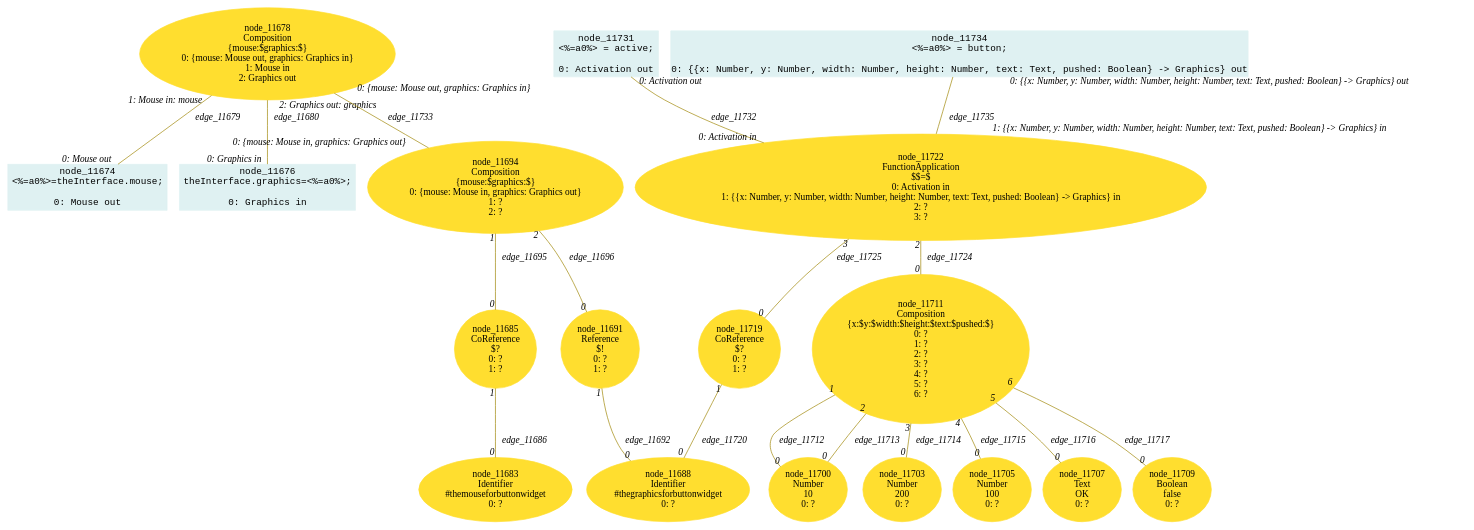
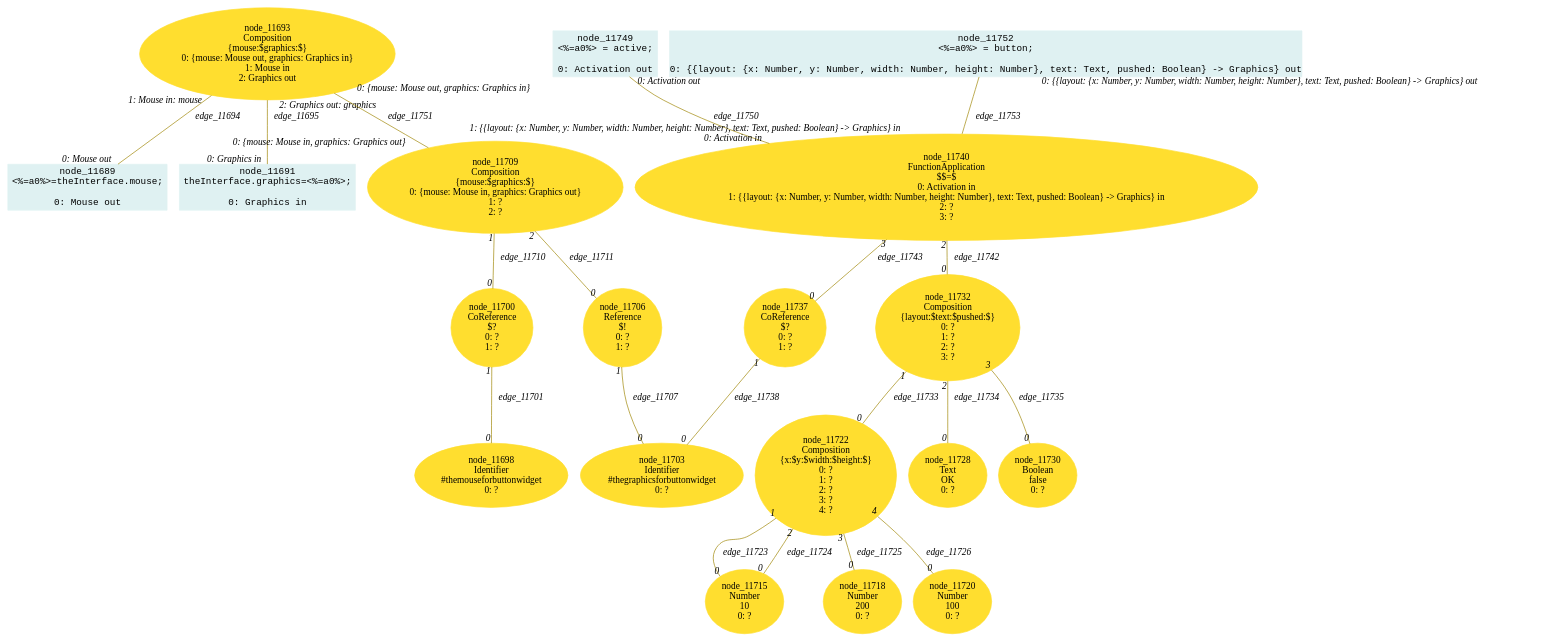
The diagram in lidl-core/example/ok/uiButton/dot/19createDataFlowDirection3.dot (crubier/lidl), drawn with Graphviz before and after one commit. The commit also changed 792 other files, not shown here.

```diff
--- a/lidl-core/example/ok/uiButton/dot/19createDataFlowDirection3.dot
+++ b/lidl-core/example/ok/uiButton/dot/19createDataFlowDirection3.dot
@@ -1,107 +1,113 @@
-digraph g{node_11674 [shape="box", style="filled", color="#dff1f2", fontname="Courier", label="node_11674
+digraph g{node_11689 [shape="box", style="filled", color="#dff1f2", fontname="Courier", label="node_11689
 <%=a0%>=theInterface.mouse;
 
 0: Mouse out" ]
-node_11676 [shape="box", style="filled", color="#dff1f2", fontname="Courier", label="node_11676
+node_11691 [shape="box", style="filled", color="#dff1f2", fontname="Courier", label="node_11691
 theInterface.graphics=<%=a0%>;
 
 0: Graphics in" ]
-node_11678 [shape="ellipse", style="filled", color="#ffde2f", fontname="Times", label="node_11678
+node_11693 [shape="ellipse", style="filled", color="#ffde2f", fontname="Times", label="node_11693
 Composition
 {mouse:$graphics:$}
 0: {mouse: Mouse out, graphics: Graphics in}
 1: Mouse in
 2: Graphics out" ]
-node_11683 [shape="ellipse", style="filled", color="#ffde2f", fontname="Times", label="node_11683
+node_11698 [shape="ellipse", style="filled", color="#ffde2f", fontname="Times", label="node_11698
 Identifier
 #themouseforbuttonwidget
 0: ?" ]
-node_11685 [shape="ellipse", style="filled", color="#ffde2f", fontname="Times", label="node_11685
+node_11700 [shape="ellipse", style="filled", color="#ffde2f", fontname="Times", label="node_11700
 CoReference
 $?
 0: ?
 1: ?" ]
-node_11688 [shape="ellipse", style="filled", color="#ffde2f", fontname="Times", label="node_11688
+node_11703 [shape="ellipse", style="filled", color="#ffde2f", fontname="Times", label="node_11703
 Identifier
 #thegraphicsforbuttonwidget
 0: ?" ]
-node_11691 [shape="ellipse", style="filled", color="#ffde2f", fontname="Times", label="node_11691
+node_11706 [shape="ellipse", style="filled", color="#ffde2f", fontname="Times", label="node_11706
 Reference
 $!
 0: ?
 1: ?" ]
-node_11694 [shape="ellipse", style="filled", color="#ffde2f", fontname="Times", label="node_11694
+node_11709 [shape="ellipse", style="filled", color="#ffde2f", fontname="Times", label="node_11709
 Composition
 {mouse:$graphics:$}
 0: {mouse: Mouse in, graphics: Graphics out}
 1: ?
 2: ?" ]
-node_11700 [shape="ellipse", style="filled", color="#ffde2f", fontname="Times", label="node_11700
+node_11715 [shape="ellipse", style="filled", color="#ffde2f", fontname="Times", label="node_11715
 Number
 10
 0: ?" ]
-node_11703 [shape="ellipse", style="filled", color="#ffde2f", fontname="Times", label="node_11703
+node_11718 [shape="ellipse", style="filled", color="#ffde2f", fontname="Times", label="node_11718
 Number
 200
 0: ?" ]
-node_11705 [shape="ellipse", style="filled", color="#ffde2f", fontname="Times", label="node_11705
+node_11720 [shape="ellipse", style="filled", color="#ffde2f", fontname="Times", label="node_11720
 Number
 100
 0: ?" ]
-node_11707 [shape="ellipse", style="filled", color="#ffde2f", fontname="Times", label="node_11707
-Text
-OK
-0: ?" ]
-node_11709 [shape="ellipse", style="filled", color="#ffde2f", fontname="Times", label="node_11709
-Boolean
-false
-0: ?" ]
-node_11711 [shape="ellipse", style="filled", color="#ffde2f", fontname="Times", label="node_11711
+node_11722 [shape="ellipse", style="filled", color="#ffde2f", fontname="Times", label="node_11722
 Composition
-{x:$y:$width:$height:$text:$pushed:$}
+{x:$y:$width:$height:$}
 0: ?
 1: ?
 2: ?
 3: ?
-4: ?
-5: ?
-6: ?" ]
-node_11719 [shape="ellipse", style="filled", color="#ffde2f", fontname="Times", label="node_11719
+4: ?" ]
+node_11728 [shape="ellipse", style="filled", color="#ffde2f", fontname="Times", label="node_11728
+Text
+OK
+0: ?" ]
+node_11730 [shape="ellipse", style="filled", color="#ffde2f", fontname="Times", label="node_11730
+Boolean
+false
+0: ?" ]
+node_11732 [shape="ellipse", style="filled", color="#ffde2f", fontname="Times", label="node_11732
+Composition
+{layout:$text:$pushed:$}
+0: ?
+1: ?
+2: ?
+3: ?" ]
+node_11737 [shape="ellipse", style="filled", color="#ffde2f", fontname="Times", label="node_11737
 CoReference
 $?
 0: ?
 1: ?" ]
-node_11722 [shape="ellipse", style="filled", color="#ffde2f", fontname="Times", label="node_11722
+node_11740 [shape="ellipse", style="filled", color="#ffde2f", fontname="Times", label="node_11740
 FunctionApplication
 $$=$
 0: Activation in
-1: {{x: Number, y: Number, width: Number, height: Number, text: Text, pushed: Boolean} -> Graphics} in
+1: {{layout: {x: Number, y: Number, width: Number, height: Number}, text: Text, pushed: Boolean} -> Graphics} in
 2: ?
 3: ?" ]
-node_11731 [shape="box", style="filled", color="#dff1f2", fontname="Courier", label="node_11731
+node_11749 [shape="box", style="filled", color="#dff1f2", fontname="Courier", label="node_11749
 <%=a0%> = active;
 
 0: Activation out" ]
-node_11734 [shape="box", style="filled", color="#dff1f2", fontname="Courier", label="node_11734
+node_11752 [shape="box", style="filled", color="#dff1f2", fontname="Courier", label="node_11752
 <%=a0%> = button;
 
-0: {{x: Number, y: Number, width: Number, height: Number, text: Text, pushed: Boolean} -> Graphics} out" ]
-node_11678 -> node_11674 [dir=none, arrowHead=none, fontname="Times-Italic", arrowsize=1, color="#9d8400", label="edge_11679",  headlabel="0: Mouse out", taillabel="1: Mouse in: mouse" ]
-node_11678 -> node_11676 [dir=none, arrowHead=none, fontname="Times-Italic", arrowsize=1, color="#9d8400", label="edge_11680",  headlabel="0: Graphics in", taillabel="2: Graphics out: graphics" ]
-node_11685 -> node_11683 [dir=none, arrowHead=none, fontname="Times-Italic", arrowsize=1, color="#9d8400", label="edge_11686",  headlabel="0", taillabel="1" ]
-node_11691 -> node_11688 [dir=none, arrowHead=none, fontname="Times-Italic", arrowsize=1, color="#9d8400", label="edge_11692",  headlabel="0", taillabel="1" ]
-node_11694 -> node_11685 [dir=none, arrowHead=none, fontname="Times-Italic", arrowsize=1, color="#9d8400", label="edge_11695",  headlabel="0", taillabel="1" ]
-node_11694 -> node_11691 [dir=none, arrowHead=none, fontname="Times-Italic", arrowsize=1, color="#9d8400", label="edge_11696",  headlabel="0", taillabel="2" ]
-node_11711 -> node_11700 [dir=none, arrowHead=none, fontname="Times-Italic", arrowsize=1, color="#9d8400", label="edge_11712",  headlabel="0", taillabel="1" ]
-node_11711 -> node_11700 [dir=none, arrowHead=none, fontname="Times-Italic", arrowsize=1, color="#9d8400", label="edge_11713",  headlabel="0", taillabel="2" ]
-node_11711 -> node_11703 [dir=none, arrowHead=none, fontname="Times-Italic", arrowsize=1, color="#9d8400", label="edge_11714",  headlabel="0", taillabel="3" ]
-node_11711 -> node_11705 [dir=none, arrowHead=none, fontname="Times-Italic", arrowsize=1, color="#9d8400", label="edge_11715",  headlabel="0", taillabel="4" ]
-node_11711 -> node_11707 [dir=none, arrowHead=none, fontname="Times-Italic", arrowsize=1, color="#9d8400", label="edge_11716",  headlabel="0", taillabel="5" ]
-node_11711 -> node_11709 [dir=none, arrowHead=none, fontname="Times-Italic", arrowsize=1, color="#9d8400", label="edge_11717",  headlabel="0", taillabel="6" ]
-node_11719 -> node_11688 [dir=none, arrowHead=none, fontname="Times-Italic", arrowsize=1, color="#9d8400", label="edge_11720",  headlabel="0", taillabel="1" ]
-node_11722 -> node_11711 [dir=none, arrowHead=none, fontname="Times-Italic", arrowsize=1, color="#9d8400", label="edge_11724",  headlabel="0", taillabel="2" ]
-node_11722 -> node_11719 [dir=none, arrowHead=none, fontname="Times-Italic", arrowsize=1, color="#9d8400", label="edge_11725",  headlabel="0", taillabel="3" ]
-node_11731 -> node_11722 [dir=none, arrowHead=none, fontname="Times-Italic", arrowsize=1, color="#9d8400", label="edge_11732",  headlabel="0: Activation in", taillabel="0: Activation out" ]
-node_11678 -> node_11694 [dir=none, arrowHead=none, fontname="Times-Italic", arrowsize=1, color="#9d8400", label="edge_11733",  headlabel="0: {mouse: Mouse in, graphics: Graphics out}", taillabel="0: {mouse: Mouse out, graphics: Graphics in}" ]
-node_11734 -> node_11722 [dir=none, arrowHead=none, fontname="Times-Italic", arrowsize=1, color="#9d8400", label="edge_11735",  headlabel="1: {{x: Number, y: Number, width: Number, height: Number, text: Text, pushed: Boolean} -> Graphics} in", taillabel="0: {{x: Number, y: Number, width: Number, height: Number, text: Text, pushed: Boolean} -> Graphics} out" ]
+0: {{layout: {x: Number, y: Number, width: Number, height: Number}, text: Text, pushed: Boolean} -> Graphics} out" ]
+node_11693 -> node_11689 [dir=none, arrowHead=none, fontname="Times-Italic", arrowsize=1, color="#9d8400", label="edge_11694",  headlabel="0: Mouse out", taillabel="1: Mouse in: mouse" ]
+node_11693 -> node_11691 [dir=none, arrowHead=none, fontname="Times-Italic", arrowsize=1, color="#9d8400", label="edge_11695",  headlabel="0: Graphics in", taillabel="2: Graphics out: graphics" ]
+node_11700 -> node_11698 [dir=none, arrowHead=none, fontname="Times-Italic", arrowsize=1, color="#9d8400", label="edge_11701",  headlabel="0", taillabel="1" ]
+node_11706 -> node_11703 [dir=none, arrowHead=none, fontname="Times-Italic", arrowsize=1, color="#9d8400", label="edge_11707",  headlabel="0", taillabel="1" ]
+node_11709 -> node_11700 [dir=none, arrowHead=none, fontname="Times-Italic", arrowsize=1, color="#9d8400", label="edge_11710",  headlabel="0", taillabel="1" ]
+node_11709 -> node_11706 [dir=none, arrowHead=none, fontname="Times-Italic", arrowsize=1, color="#9d8400", label="edge_11711",  headlabel="0", taillabel="2" ]
+node_11722 -> node_11715 [dir=none, arrowHead=none, fontname="Times-Italic", arrowsize=1, color="#9d8400", label="edge_11723",  headlabel="0", taillabel="1" ]
+node_11722 -> node_11715 [dir=none, arrowHead=none, fontname="Times-Italic", arrowsize=1, color="#9d8400", label="edge_11724",  headlabel="0", taillabel="2" ]
+node_11722 -> node_11718 [dir=none, arrowHead=none, fontname="Times-Italic", arrowsize=1, color="#9d8400", label="edge_11725",  headlabel="0", taillabel="3" ]
+node_11722 -> node_11720 [dir=none, arrowHead=none, fontname="Times-Italic", arrowsize=1, color="#9d8400", label="edge_11726",  headlabel="0", taillabel="4" ]
+node_11732 -> node_11722 [dir=none, arrowHead=none, fontname="Times-Italic", arrowsize=1, color="#9d8400", label="edge_11733",  headlabel="0", taillabel="1" ]
+node_11732 -> node_11728 [dir=none, arrowHead=none, fontname="Times-Italic", arrowsize=1, color="#9d8400", label="edge_11734",  headlabel="0", taillabel="2" ]
+node_11732 -> node_11730 [dir=none, arrowHead=none, fontname="Times-Italic", arrowsize=1, color="#9d8400", label="edge_11735",  headlabel="0", taillabel="3" ]
+node_11737 -> node_11703 [dir=none, arrowHead=none, fontname="Times-Italic", arrowsize=1, color="#9d8400", label="edge_11738",  headlabel="0", taillabel="1" ]
+node_11740 -> node_11732 [dir=none, arrowHead=none, fontname="Times-Italic", arrowsize=1, color="#9d8400", label="edge_11742",  headlabel="0", taillabel="2" ]
+node_11740 -> node_11737 [dir=none, arrowHead=none, fontname="Times-Italic", arrowsize=1, color="#9d8400", label="edge_11743",  headlabel="0", taillabel="3" ]
+node_11749 -> node_11740 [dir=none, arrowHead=none, fontname="Times-Italic", arrowsize=1, color="#9d8400", label="edge_11750",  headlabel="0: Activation in", taillabel="0: Activation out" ]
+node_11693 -> node_11709 [dir=none, arrowHead=none, fontname="Times-Italic", arrowsize=1, color="#9d8400", label="edge_11751",  headlabel="0: {mouse: Mouse in, graphics: Graphics out}", taillabel="0: {mouse: Mouse out, graphics: Graphics in}" ]
+node_11752 -> node_11740 [dir=none, arrowHead=none, fontname="Times-Italic", arrowsize=1, color="#9d8400", label="edge_11753",  headlabel="1: {{layout: {x: Number, y: Number, width: Number, height: Number}, text: Text, pushed: Boolean} -> Graphics} in", taillabel="0: {{layout: {x: Number, y: Number, width: Number, height: Number}, text: Text, pushed: Boolean} -> Graphics} out" ]
 }
```
